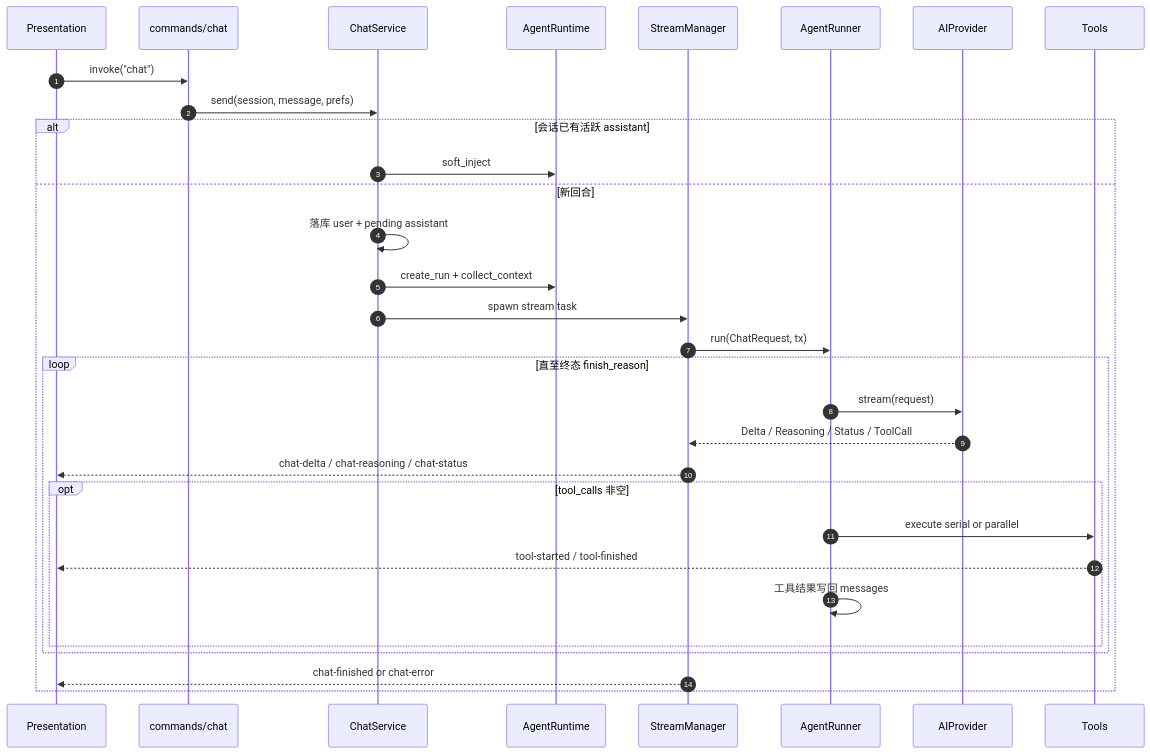
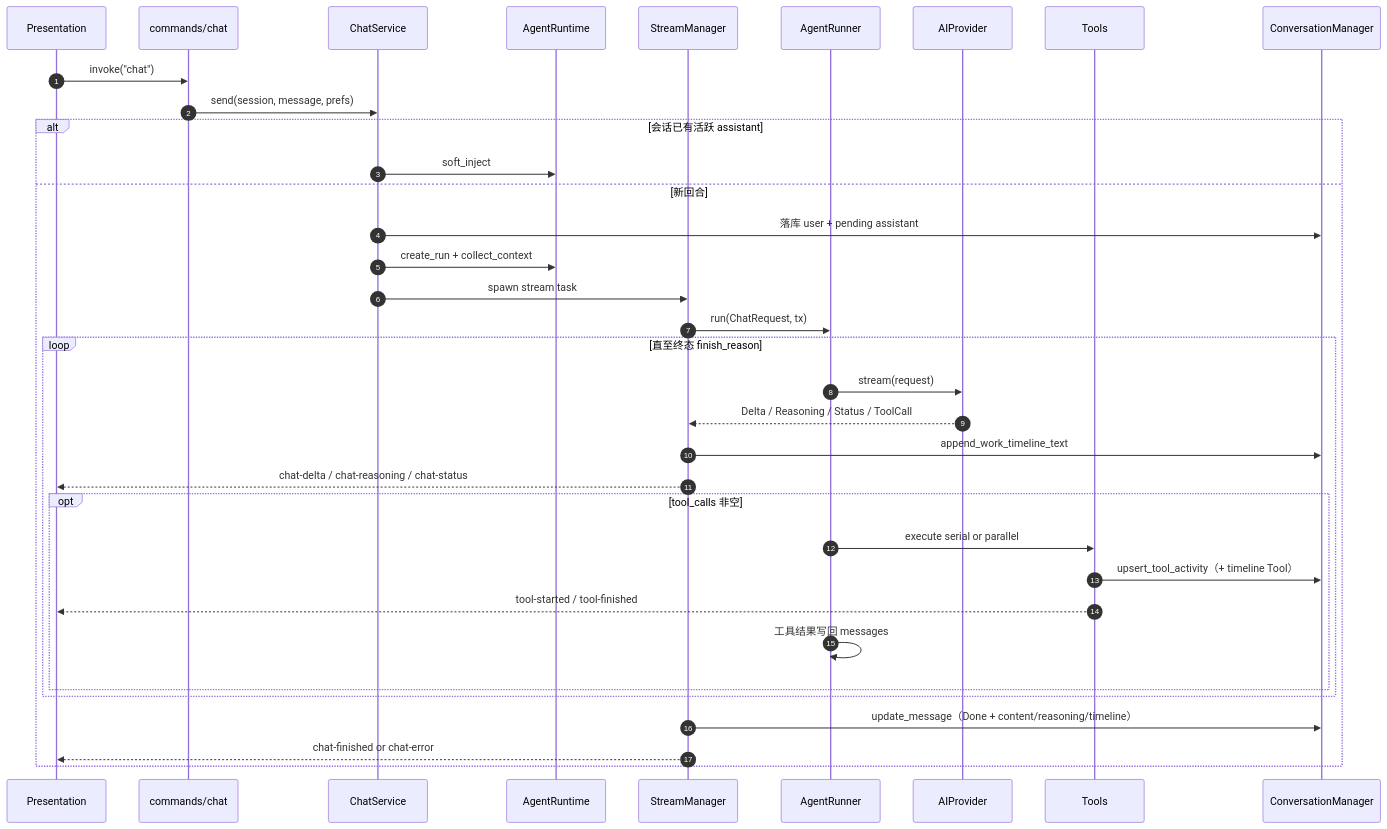
The fourth of 11 diagrams in docs/architecture-overview.zh-CN.md (rururunu/AAAi), drawn with Mermaid before and after one commit. The commit also changed other lines of this file and 98 other files, not shown here.

Commit message:
feat: 应用内远程更新、工具活动折叠展示与投标/docx 技能扩展 - 集成 Tauri Updater：工作台更新按钮、关于页检测/安装、GitHub Releases 配置 - 新增发版文档与 generate-latest-json / rename-msi 脚本，支持手动与 CI 发布 - 工具活动 UI：单行无展开按钮，多步折叠为摘要列表 - 扩展 bid_tech、vendor docx/pandoc 技能与 Word Office 工具 - 新增架构文档、更新 README 与产品截图

````diff
--- a/docs/architecture-overview.zh-CN.md
+++ b/docs/architecture-overview.zh-CN.md
@@ -207,34 +227,38 @@
 ```mermaid
 sequenceDiagram
   autonumber
   participant FE as Presentation
   participant IPC as commands/chat
   participant CS as ChatService
   participant AR as AgentRuntime
   participant SM as StreamManager
   participant R as AgentRunner
   participant P as AIProvider
   participant T as Tools
+  participant CM as ConversationManager
 
   FE->>IPC: invoke("chat")
   IPC->>CS: send(session, message, prefs)
   alt 会话已有活跃 assistant
     CS->>AR: soft_inject
   else 新回合
-    CS->>CS: 落库 user + pending assistant
+    CS->>CM: 落库 user + pending assistant
     CS->>AR: create_run + collect_context
     CS->>SM: spawn stream task
     SM->>R: run(ChatRequest, tx)
     loop 直至终态 finish_reason
       R->>P: stream(request)
       P-->>SM: Delta / Reasoning / Status / ToolCall
+      SM->>CM: append_work_timeline_text
       SM-->>FE: chat-delta / chat-reasoning / chat-status
       opt tool_calls 非空
         R->>T: execute serial or parallel
+        T->>CM: upsert_tool_activity（+ timeline Tool）
         T-->>FE: tool-started / tool-finished
         R->>R: 工具结果写回 messages
       end
     end
+    SM->>CM: update_message（Done + content/reasoning/timeline）
     SM-->>FE: chat-finished or chat-error
   end
 ```
````
